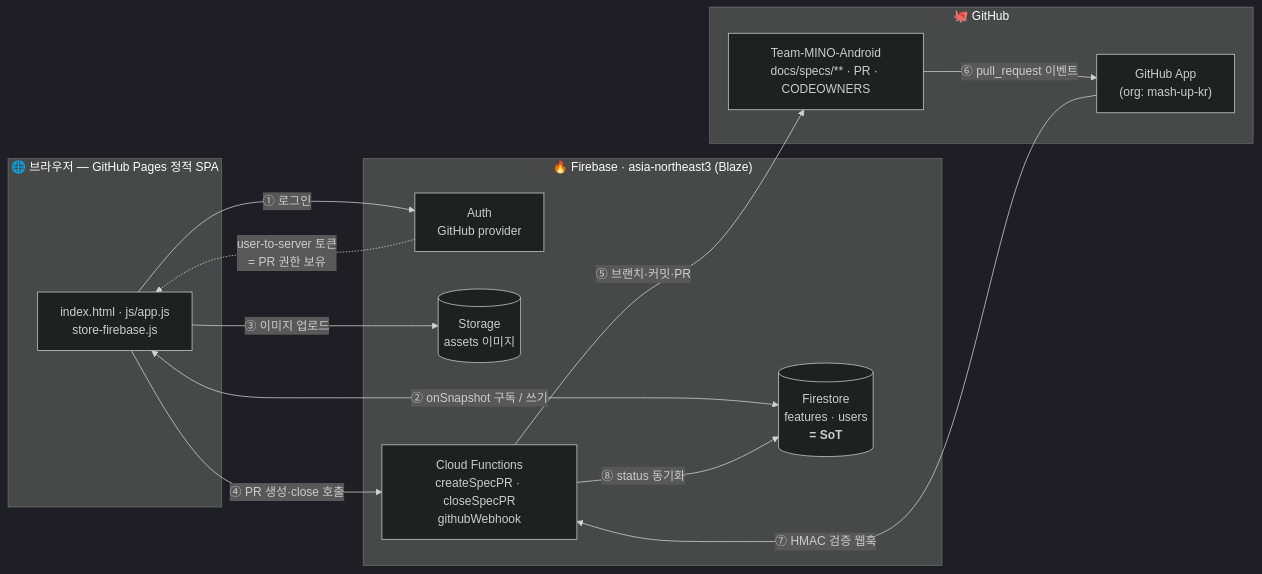
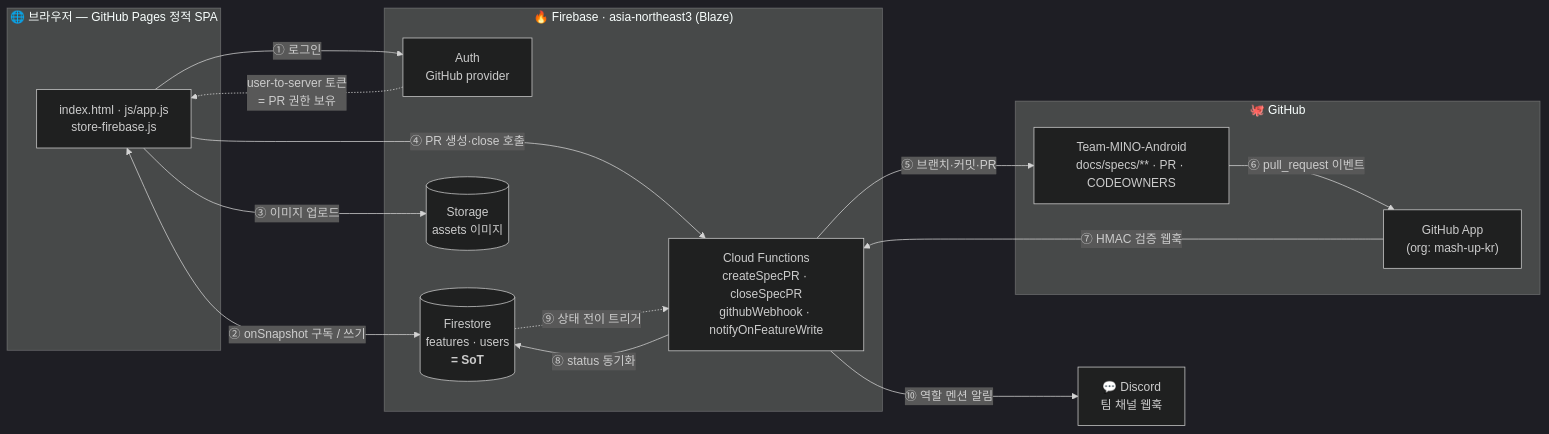
One commit to mash-up-kr/mino-android-spec-center changed the diagram in README.md. Above: the diagram before and after it, drawn with Mermaid (dark theme). The commit also changed other lines of this file and 10 other files, not shown here.

First line of the commit message:
feat: P5.2 Discord 알림 — 상태 전이 역할 멘션 + ?feature 딥링크

````diff
--- a/README.md
+++ b/README.md
@@ -65,28 +67,32 @@
 ```mermaid
 flowchart LR
   subgraph Client["🌐 브라우저 — GitHub Pages 정적 SPA"]
     UI["index.html · js/app.js<br/>store-firebase.js"]
   end
 
   subgraph Firebase["🔥 Firebase · asia-northeast3 (Blaze)"]
     Auth["Auth<br/>GitHub provider"]
     FS[("Firestore<br/>features · users<br/><b>= SoT</b>")]
     ST[("Storage<br/>assets 이미지")]
-    FN["Cloud Functions<br/>createSpecPR · closeSpecPR<br/>githubWebhook"]
+    FN["Cloud Functions<br/>createSpecPR · closeSpecPR<br/>githubWebhook · notifyOnFeatureWrite"]
   end
 
   subgraph GH["🐙 GitHub"]
     App["GitHub App<br/>(org: mash-up-kr)"]
     Repo["Team-MINO-Android<br/>docs/specs/** · PR · CODEOWNERS"]
   end
+
+  DC["💬 Discord<br/>팀 채널 웹훅"]
 
   UI -->|① 로그인| Auth
   Auth -.->|user-to-server 토큰<br/>= PR 권한 보유| UI
   UI <-->|② onSnapshot 구독 / 쓰기| FS
   UI -->|③ 이미지 업로드| ST
   UI -->|④ PR 생성·close 호출| FN
   FN -->|⑤ 브랜치·커밋·PR| Repo
   Repo -->|⑥ pull_request 이벤트| App
   App -->|⑦ HMAC 검증 웹훅| FN
   FN -->|⑧ status 동기화| FS
+  FS -.->|⑨ 상태 전이 트리거| FN
+  FN -->|⑩ 역할 멘션 알림| DC
 ```
````
